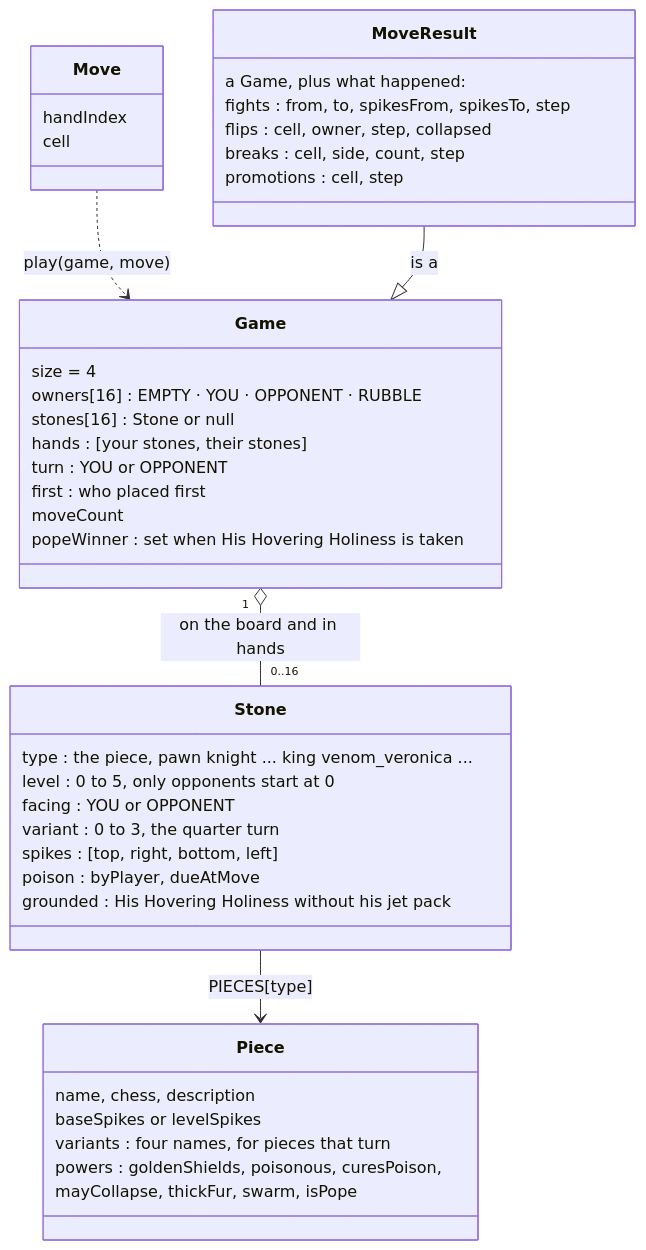
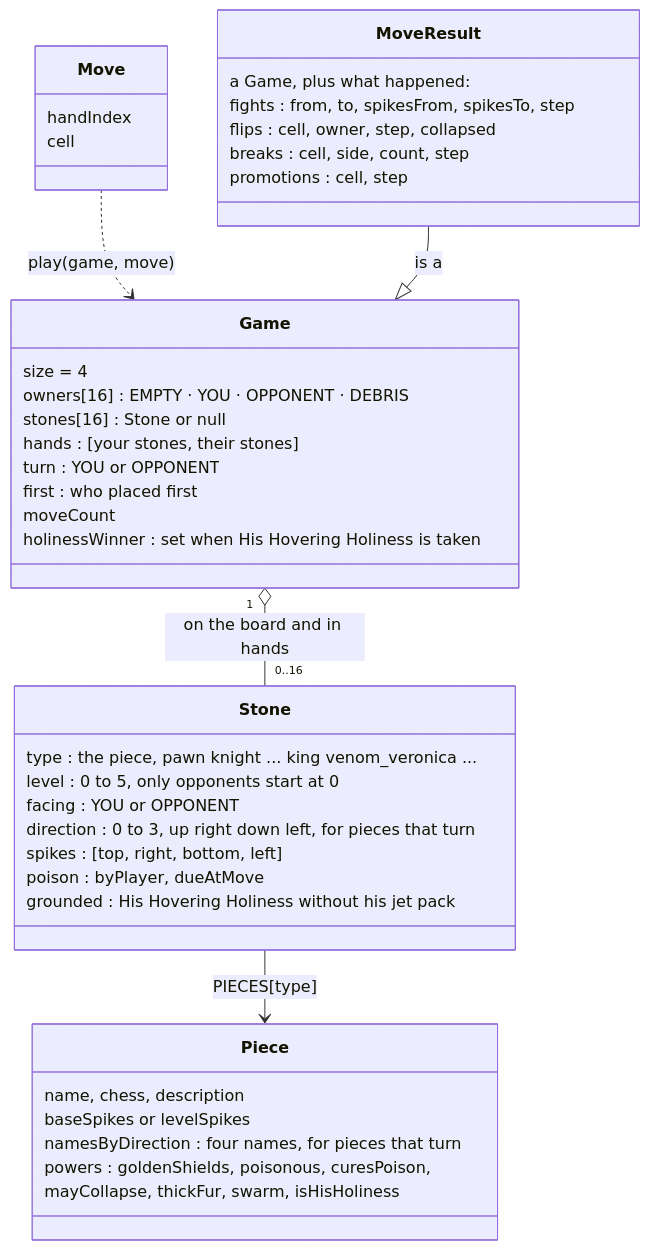
The second of 8 diagrams in README.md (louisvandenbruwaene/rook-like), drawn with Mermaid before and after one commit. The commit also changed other lines of this file and 10 other files, not shown here.

````diff
--- a/README.md
+++ b/README.md
@@ -93,44 +93,44 @@
 ```mermaid
 classDiagram
     class Game {
         size = 4
-        owners[16] : EMPTY · YOU · OPPONENT · RUBBLE
+        owners[16] : EMPTY · YOU · OPPONENT · DEBRIS
         stones[16] : Stone or null
         hands : [your stones, their stones]
         turn : YOU or OPPONENT
         first : who placed first
         moveCount
-        popeWinner : set when His Hovering Holiness is taken
+        holinessWinner : set when His Hovering Holiness is taken
     }
     class Stone {
         type : the piece, pawn knight ... king venom_veronica ...
         level : 0 to 5, only opponents start at 0
         facing : YOU or OPPONENT
-        variant : 0 to 3, the quarter turn
+        direction : 0 to 3, up right down left, for pieces that turn
         spikes : [top, right, bottom, left]
         poison : byPlayer, dueAtMove
         grounded : His Hovering Holiness without his jet pack
     }
     class Piece {
         name, chess, description
         baseSpikes or levelSpikes
-        variants : four names, for pieces that turn
+        namesByDirection : four names, for pieces that turn
         powers : goldenShields, poisonous, curesPoison,
-        mayCollapse, thickFur, swarm, isPope
+        mayCollapse, thickFur, swarm, isHisHoliness
     }
     class Move {
         handIndex
         cell
     }
     class MoveResult {
         a Game, plus what happened:
         fights : from, to, spikesFrom, spikesTo, step
         flips : cell, owner, step, collapsed
         breaks : cell, side, count, step
         promotions : cell, step
     }
     Game "1" o-- "0..16" Stone : on the board and in hands
     Stone --> Piece : PIECES[type]
     Move ..> Game : play(game, move)
     MoveResult --|> Game : is a
 ```
````
